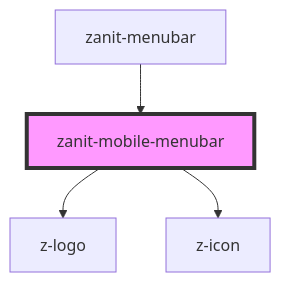
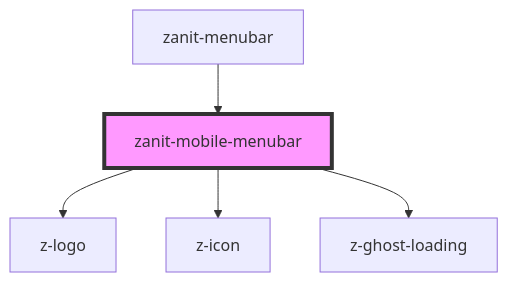
The diagram in src/components/menubar/mobile-menubar/readme.md (ZanichelliEditore/zanichelli-it-frontend-kit), drawn with Mermaid before and after one commit. The commit also changed other lines of this file and 7 other files, not shown here.

Commit message:
fix style export; add ghost loading

````diff
--- a/src/components/menubar/mobile-menubar/readme.md
+++ b/src/components/menubar/mobile-menubar/readme.md
@@ -40,7 +42,8 @@
 ```mermaid
 graph TD;
   zanit-mobile-menubar --> z-logo
   zanit-mobile-menubar --> z-icon
+  zanit-mobile-menubar --> z-ghost-loading
   zanit-menubar --> zanit-mobile-menubar
   style zanit-mobile-menubar fill:#f9f,stroke:#333,stroke-width:4px
 ```
````
